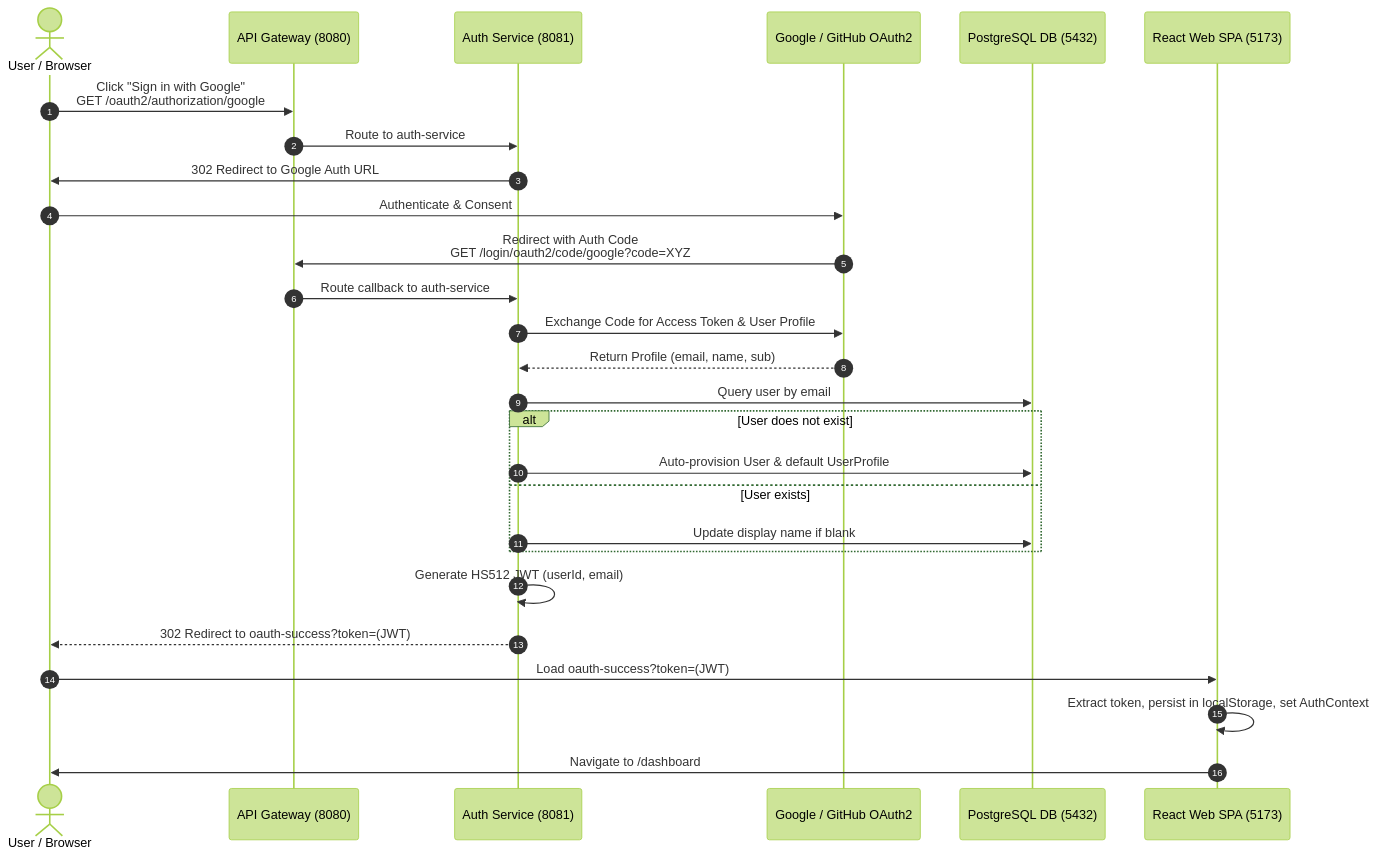
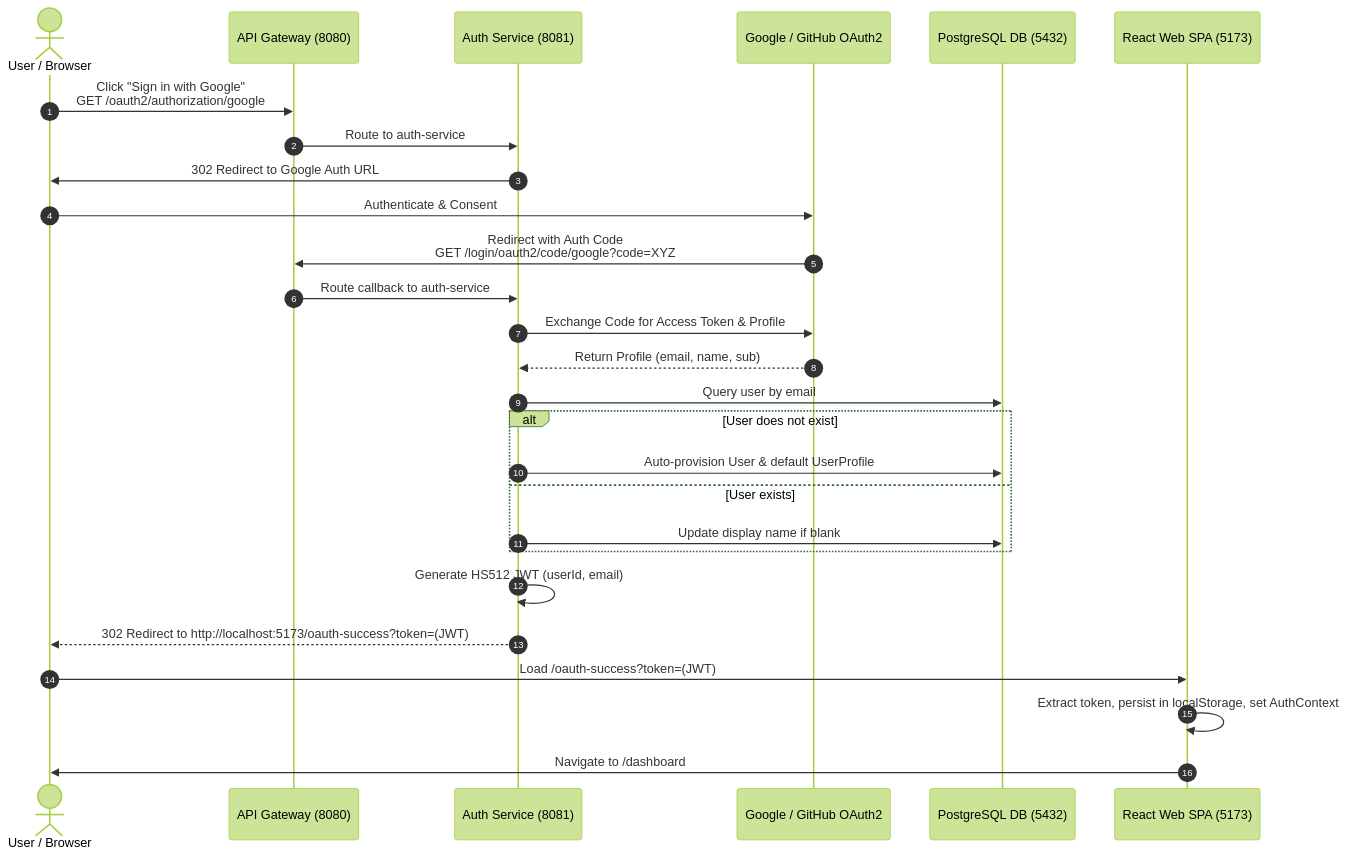
One commit to rohithgowda18/Notes changed the third of 4 diagrams in 09-Projects/Career OS - Distributed Microservices Platform.md. Above: the diagram before and after it, drawn with Mermaid (forest theme). The commit also changed other lines of this file, not shown here.

````diff
--- a/09-Projects/Career OS - Distributed Microservices Platform.md
+++ b/09-Projects/Career OS - Distributed Microservices Platform.md
@@ -474,30 +278,30 @@
 ```mermaid
 sequenceDiagram
     autonumber
     actor User as User / Browser
     participant Gateway as API Gateway (8080)
     participant Auth as Auth Service (8081)
     participant Provider as Google / GitHub OAuth2
     participant DB as PostgreSQL DB (5432)
     participant Web as React Web SPA (5173)
 
     User->>Gateway: Click "Sign in with Google"<br/>GET /oauth2/authorization/google
     Gateway->>Auth: Route to auth-service
     Auth->>User: 302 Redirect to Google Auth URL
     User->>Provider: Authenticate & Consent
     Provider->>Gateway: Redirect with Auth Code<br/>GET /login/oauth2/code/google?code=XYZ
     Gateway->>Auth: Route callback to auth-service
-    Auth->>Provider: Exchange Code for Access Token & User Profile
+    Auth->>Provider: Exchange Code for Access Token & Profile
     Provider-->>Auth: Return Profile (email, name, sub)
     Auth->>DB: Query user by email
     alt User does not exist
         Auth->>DB: Auto-provision User & default UserProfile
     else User exists
         Auth->>DB: Update display name if blank
     end
     Auth->>Auth: Generate HS512 JWT (userId, email)
-    Auth-->>User: 302 Redirect to oauth-success?token=(JWT)
-    User->>Web: Load oauth-success?token=(JWT)
+    Auth-->>User: 302 Redirect to http://localhost:5173/oauth-success?token=(JWT)
+    User->>Web: Load /oauth-success?token=(JWT)
     Web->>Web: Extract token, persist in localStorage, set AuthContext
     Web->>User: Navigate to /dashboard
 ```
````
